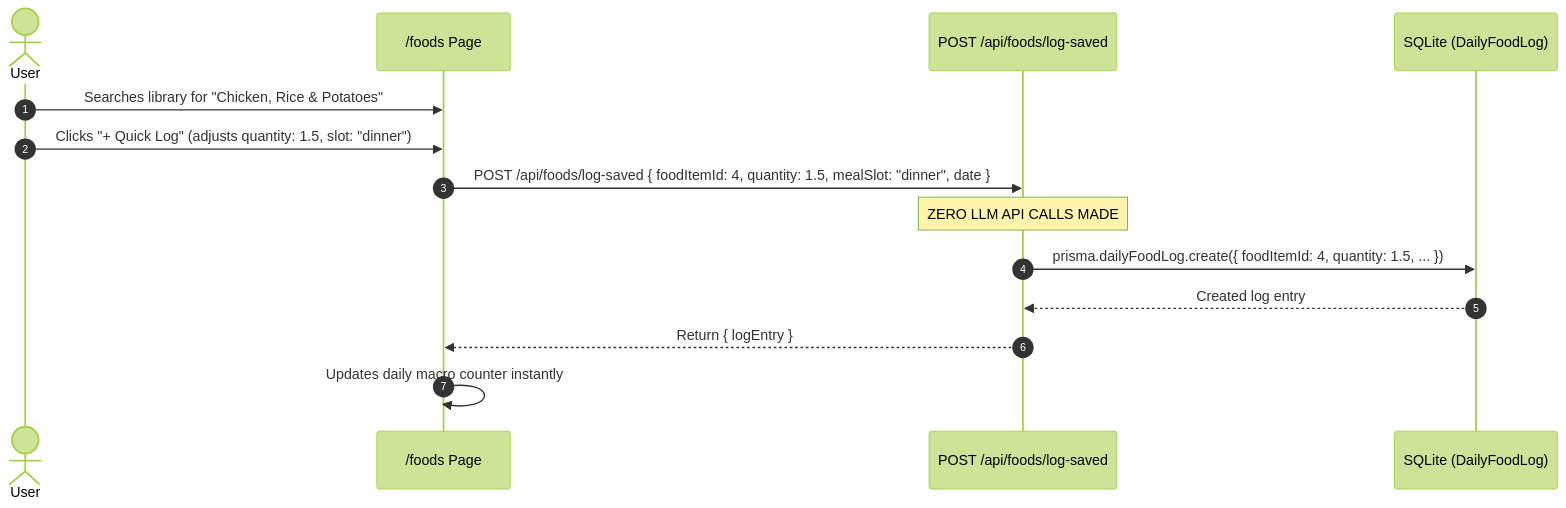
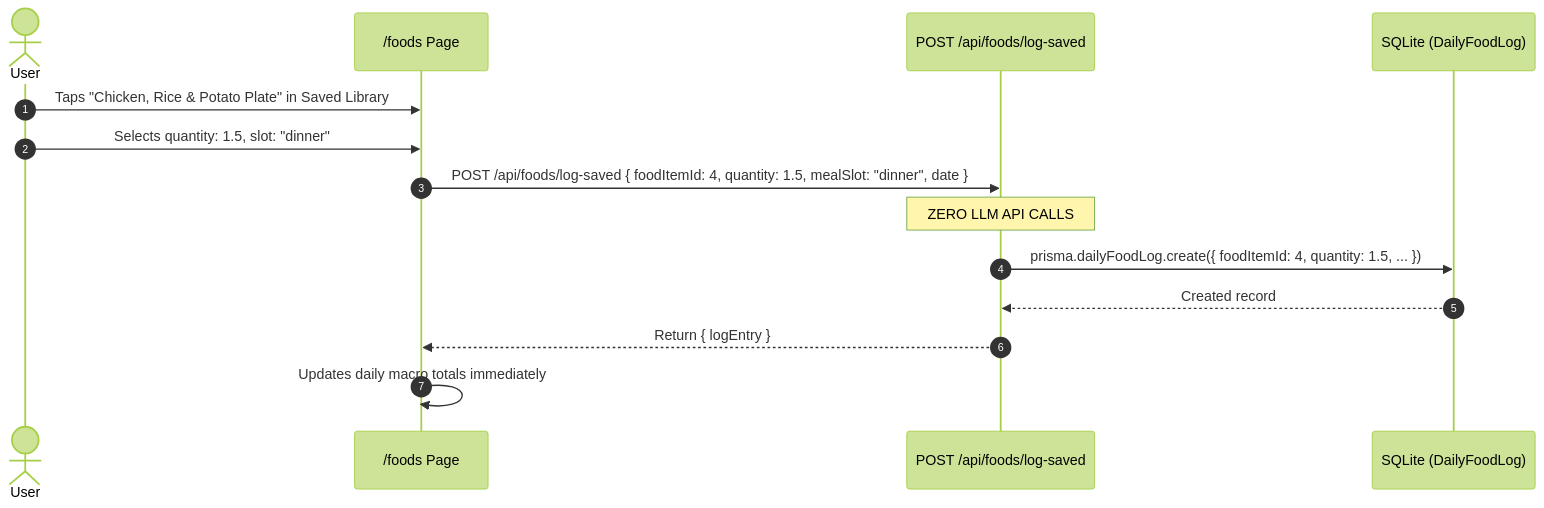
Before and after one commit to Bekjo3/macro-log: the seventh of 7 diagrams in docs/SYSTEM_DESIGN.md, drawn with Mermaid (forest theme). The commit also changed other lines of this file, not shown here.

````diff
--- a/docs/SYSTEM_DESIGN.md
+++ b/docs/SYSTEM_DESIGN.md
@@ -187,17 +234,17 @@
 ```mermaid
 sequenceDiagram
     autonumber
     actor User as User
     participant FoodsUI as /foods Page
     participant API as POST /api/foods/log-saved
     participant DB as SQLite (DailyFoodLog)
 
-    User->>FoodsUI: Searches library for "Chicken, Rice & Potatoes"
-    User->>FoodsUI: Clicks "+ Quick Log" (adjusts quantity: 1.5, slot: "dinner")
+    User->>FoodsUI: Taps "Chicken, Rice & Potato Plate" in Saved Library
+    User->>FoodsUI: Selects quantity: 1.5, slot: "dinner"
     FoodsUI->>API: POST /api/foods/log-saved { foodItemId: 4, quantity: 1.5, mealSlot: "dinner", date }
-    Note over API: ZERO LLM API CALLS MADE
+    Note over API: ZERO LLM API CALLS
     API->>DB: prisma.dailyFoodLog.create({ foodItemId: 4, quantity: 1.5, ... })
-    DB-->>API: Created log entry
+    DB-->>API: Created record
     API-->>FoodsUI: Return { logEntry }
-    FoodsUI->>FoodsUI: Updates daily macro counter instantly
+    FoodsUI->>FoodsUI: Updates daily macro totals immediately
 ```
````
